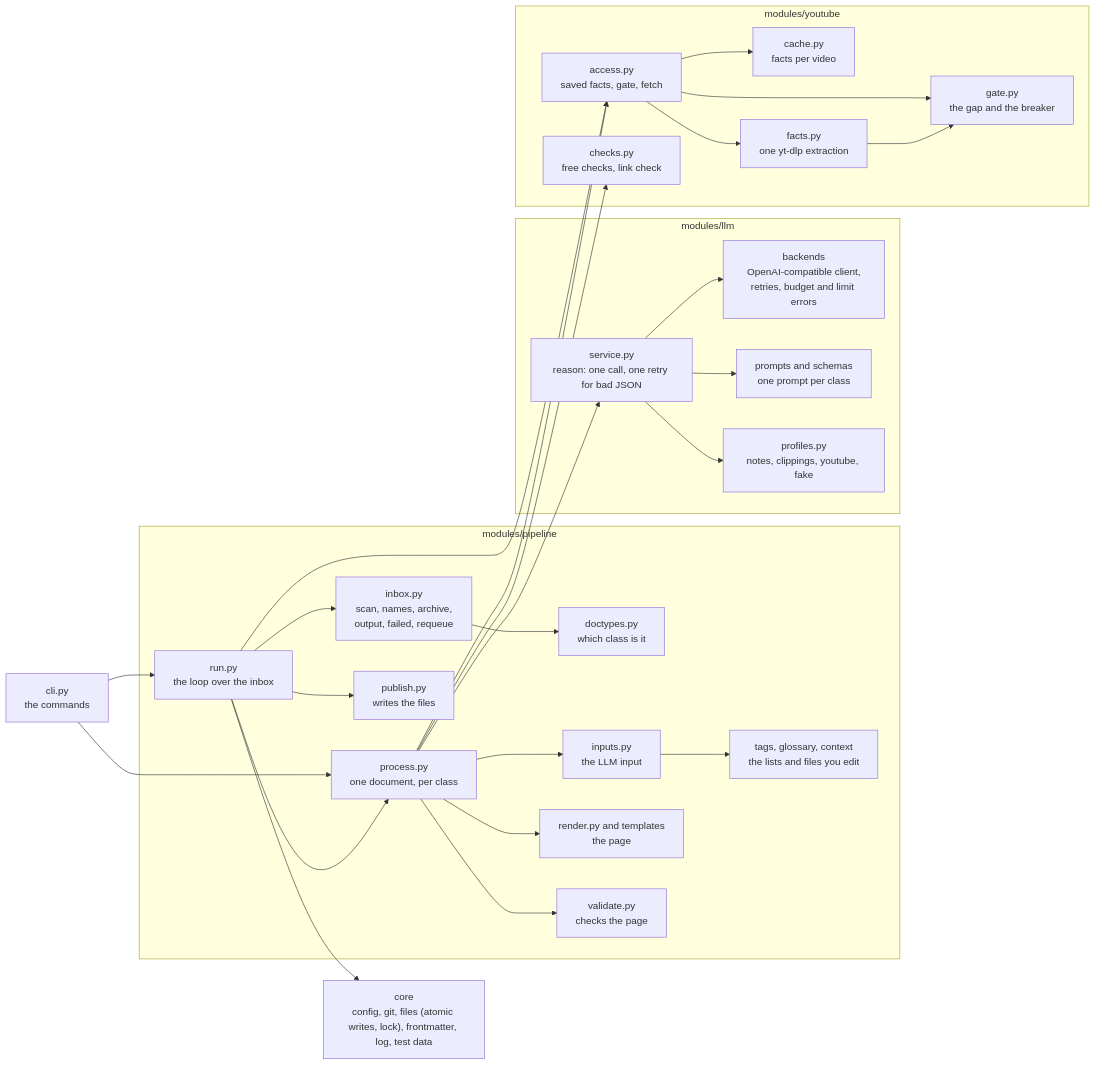
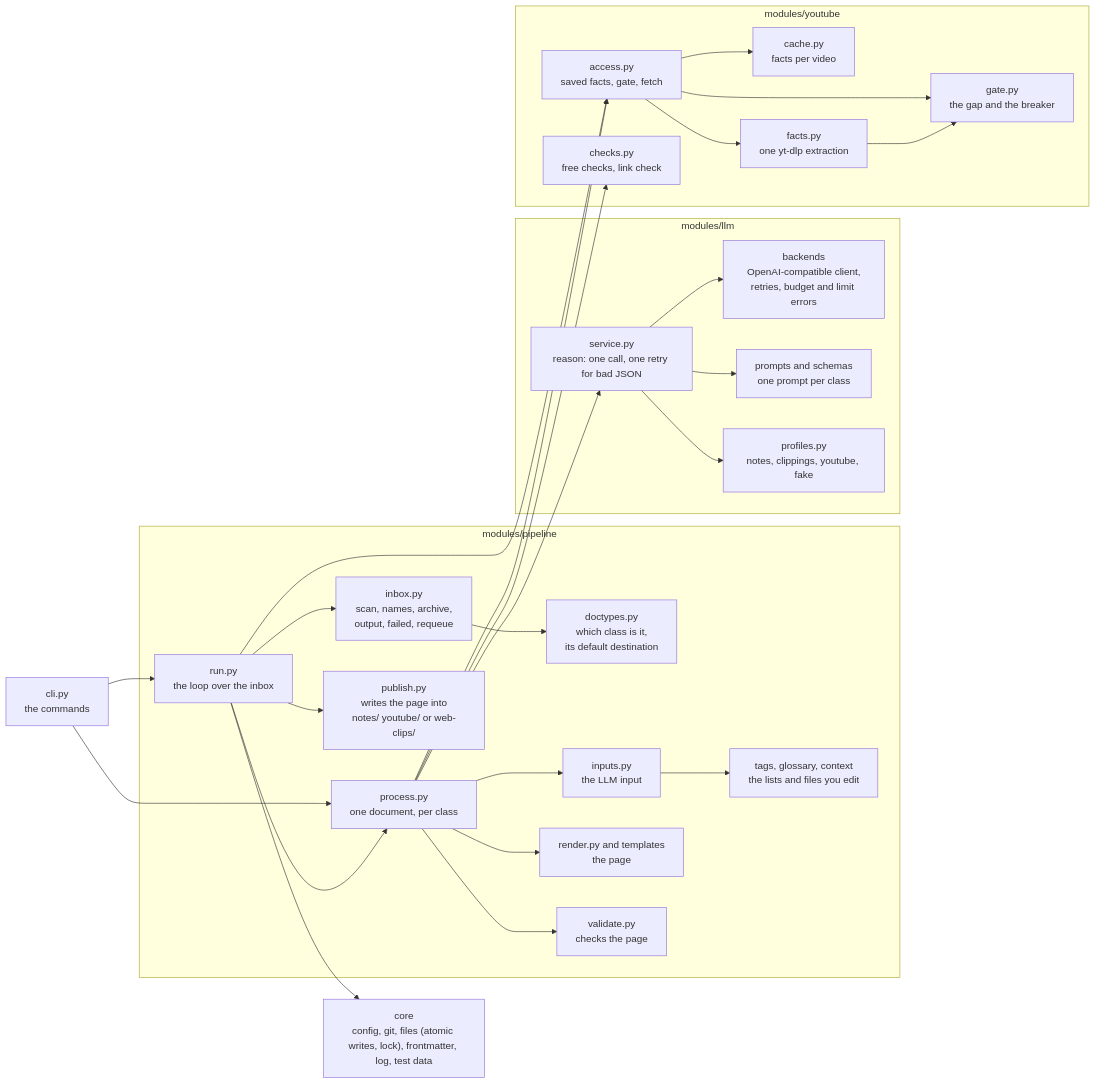
One commit to epiaku/idea-catcher changed the third of 3 diagrams in docs/idea-catcher-diagram-architecture.md. Above: the diagram before and after it, drawn with Mermaid. The commit also changed 8 other files, not shown here.

First line of the commit message:
docs: the epiaku-docs layout has notes, youtube and web-clips only

````diff
--- a/docs/idea-catcher-diagram-architecture.md
+++ b/docs/idea-catcher-diagram-architecture.md
@@ -114,56 +114,56 @@
 ```mermaid
 flowchart LR
   cli["cli.py<br/>the commands"]
 
   subgraph pipeline["modules/pipeline"]
     run["run.py<br/>the loop over the inbox"]
     inbox["inbox.py<br/>scan, names, archive,<br/>output, failed, requeue"]
-    doctypes["doctypes.py<br/>which class is it"]
+    doctypes["doctypes.py<br/>which class is it,<br/>its default destination"]
     process["process.py<br/>one document, per class"]
     inputs["inputs.py<br/>the LLM input"]
     ctx["tags, glossary, context<br/>the lists and files you edit"]
     render["render.py and templates<br/>the page"]
     validate["validate.py<br/>checks the page"]
-    publish["publish.py<br/>writes the files"]
+    publish["publish.py<br/>writes the page into<br/>notes/ youtube/ or web-clips/"]
   end
 
   subgraph llm["modules/llm"]
     service["service.py<br/>reason: one call, one retry for bad JSON"]
     backend["backends<br/>OpenAI-compatible client,<br/>retries, budget and limit errors"]
     prompts["prompts and schemas<br/>one prompt per class"]
     profiles["profiles.py<br/>notes, clippings, youtube, fake"]
   end
 
   subgraph youtube["modules/youtube"]
     access["access.py<br/>saved facts, gate, fetch"]
     gate["gate.py<br/>the gap and the breaker"]
     cache["cache.py<br/>facts per video"]
     facts["facts.py<br/>one yt-dlp extraction"]
     checks["checks.py<br/>free checks, link check"]
   end
 
   core["core<br/>config, git, files (atomic writes, lock), frontmatter, log, test data"]
 
   cli --> run
   cli --> process
   run --> inbox
   run --> process
   run --> publish
   run --> core
   run --> access
   inbox --> doctypes
   process --> inputs
   inputs --> ctx
   process --> render
   process --> validate
   process --> service
   process --> access
   process --> checks
   service --> backend
   service --> prompts
   service --> profiles
   access --> gate
   access --> cache
   access --> facts
   facts --> gate
 ```
````
